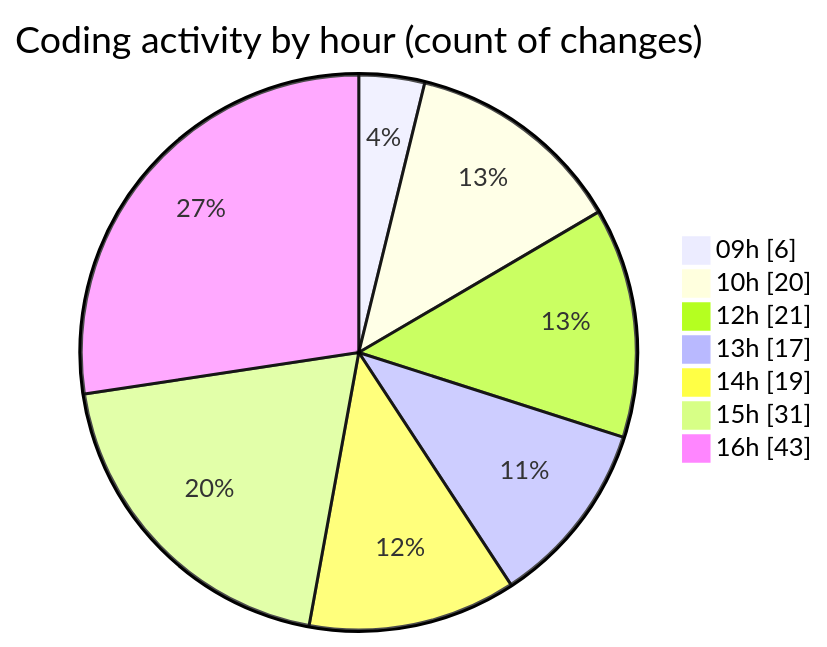
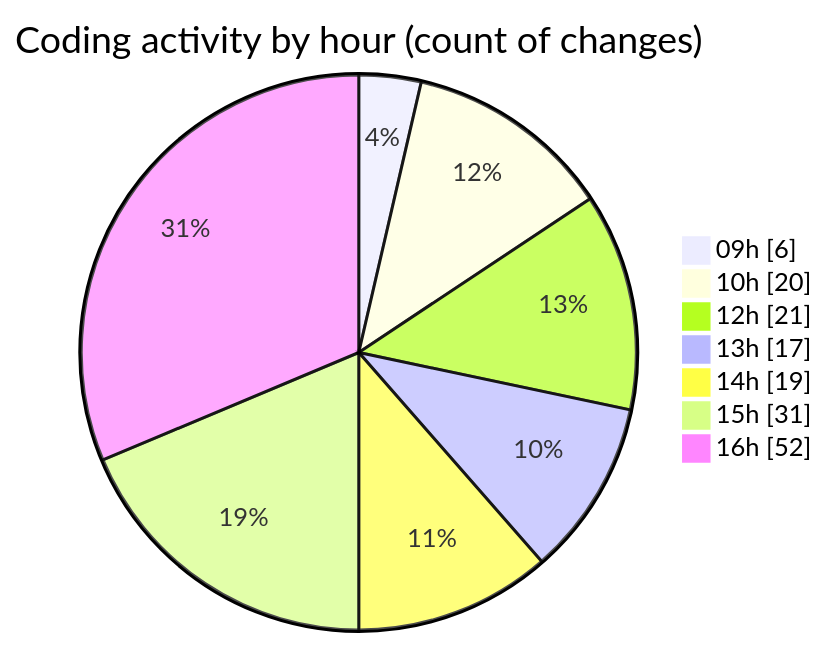
One commit to becaeroporto-bot/code-tracking changed the second of 2 diagrams in 2026-02-18/bot_v1_2/README.md. Above: the diagram before and after it, drawn with Mermaid. The commit also changed other lines of this file and 1 other file, not shown here.

````diff
--- a/2026-02-18/bot_v1_2/README.md
+++ b/2026-02-18/bot_v1_2/README.md
@@ -57,11 +57,11 @@
 ```mermaid
 pie showData
 title Coding activity by hour (count of changes)
 "09h" : 6
 "10h" : 20
 "12h" : 21
 "13h" : 17
 "14h" : 19
 "15h" : 31
-"16h" : 43
+"16h" : 52
 ```
````
